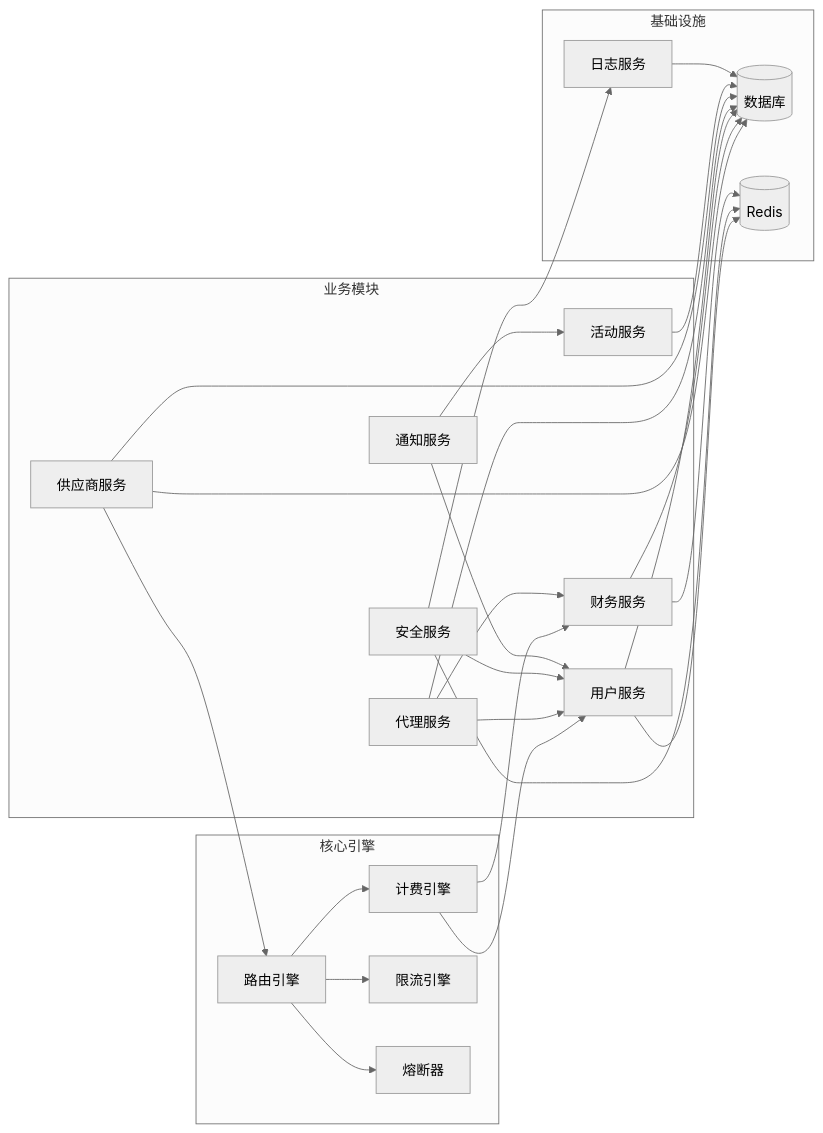
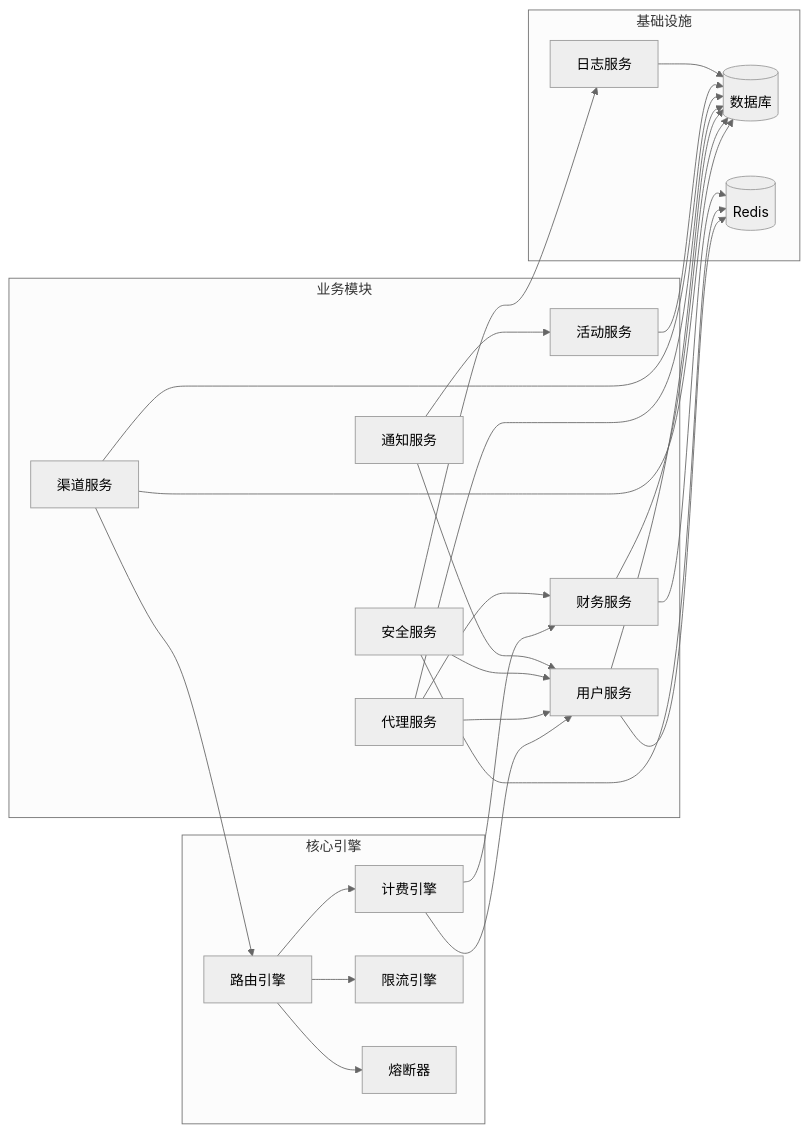
One commit to k19008800/3c changed the third of 7 diagrams in docs/architecture.md. Above: the diagram before and after it, drawn with Mermaid (neutral theme). The commit also changed other lines of this file and 616 other files, not shown here.

````diff
--- a/docs/architecture.md
+++ b/docs/architecture.md
@@ -184,56 +184,56 @@
 ```mermaid
 graph LR
     subgraph 核心引擎
         RT[路由引擎]
         BILL[计费引擎]
         RATE[限流引擎]
         CB[熔断器]
     end
 
     subgraph 业务模块
         USER[用户服务]
         AGENT[代理服务]
         FIN[财务服务]
-        VEN[供应商服务]
+        VEN[渠道服务]
         SEC[安全服务]
         NOT[通知服务]
         CAMP[活动服务]
     end
 
     subgraph 基础设施
         DB[(数据库)]
         CACHE[(Redis)]
         LOG[日志服务]
     end
 
     RT --> CB
     RT --> RATE
     RT --> BILL
 
     BILL --> FIN
     BILL --> USER
 
     USER --> CACHE
     AGENT --> FIN
     AGENT --> USER
 
     VEN --> RT
     VEN --> DB
 
     SEC --> USER
     SEC --> LOG
     SEC --> CACHE
 
     NOT --> USER
     NOT --> CAMP
 
     FIN --> DB
     FIN --> CACHE
 
     USER --> DB
     AGENT --> DB
     VEN --> DB
     CAMP --> DB
 
     LOG --> DB
 ```
````
